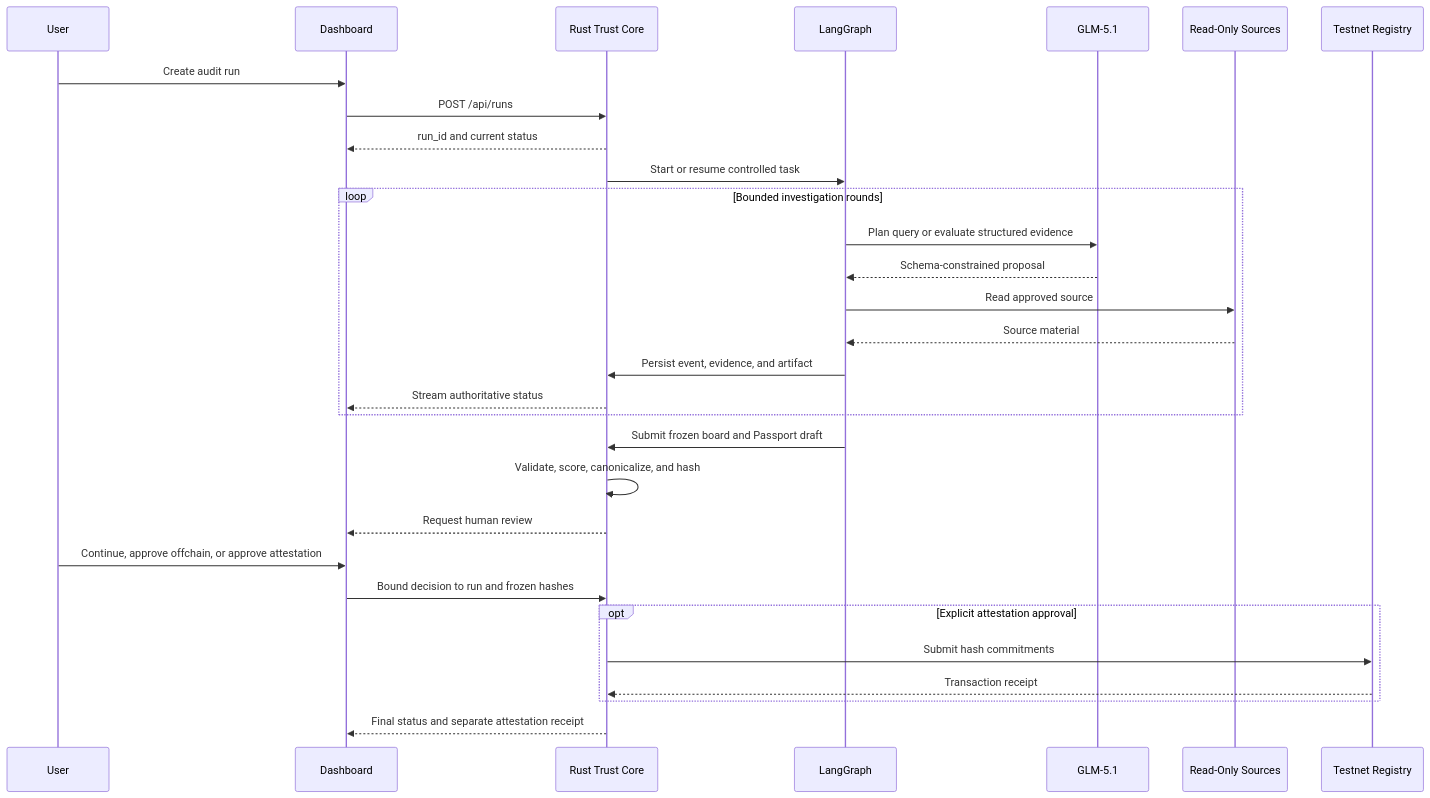
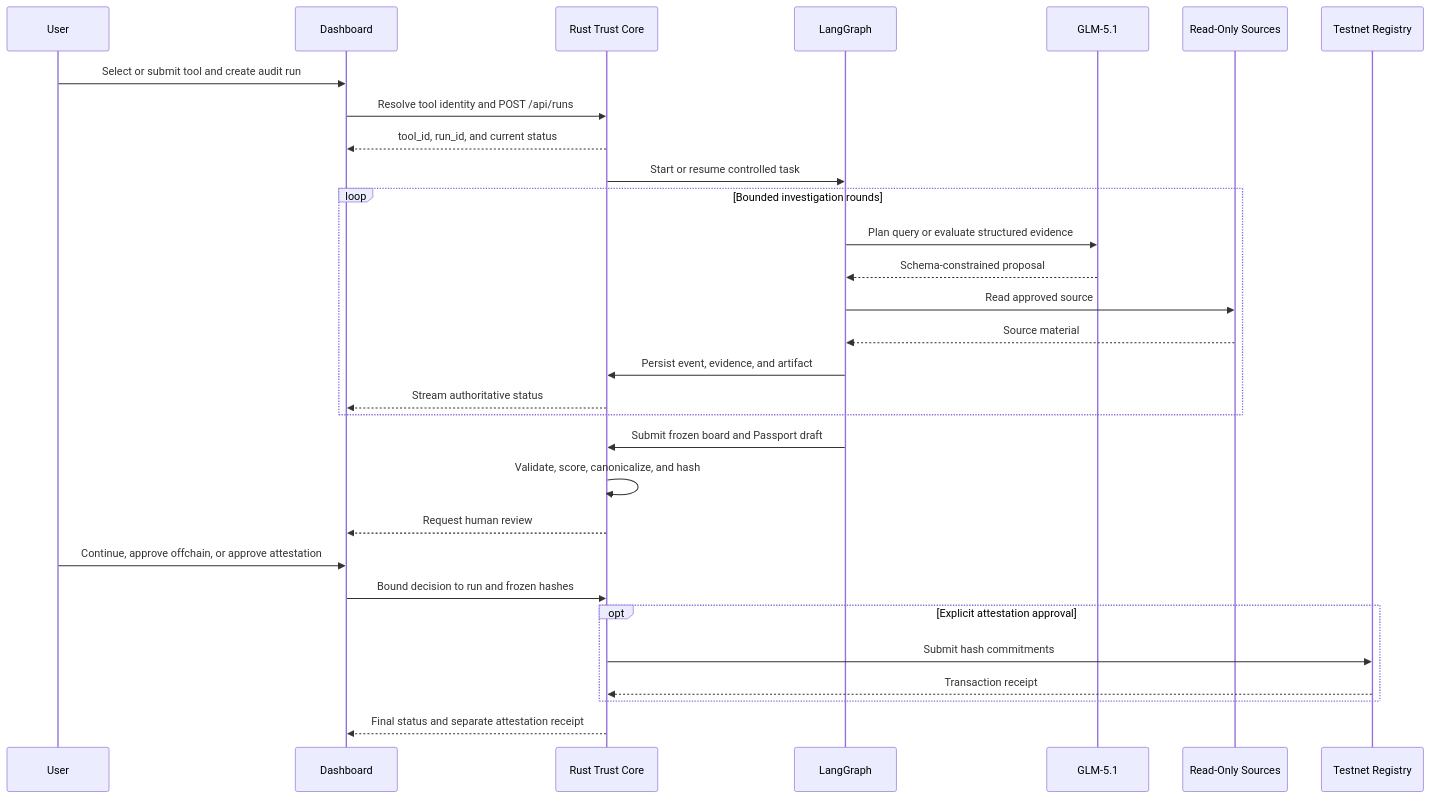
One commit to AlethOS/AlethOS-ToolPassport changed the first of 3 diagrams in docs/technical-design.md. Above: the diagram before and after it, drawn with Mermaid. The commit also changed other lines of this file and 4 other files, not shown here.

Commit message:
feat: index registry commitments by tool and run

````diff
--- a/docs/technical-design.md
+++ b/docs/technical-design.md
@@ -72,33 +72,33 @@
 ```mermaid
 sequenceDiagram
     participant U as User
     participant D as Dashboard
     participant R as Rust Trust Core
     participant L as LangGraph
     participant M as GLM-5.1
     participant S as Read-Only Sources
     participant C as Testnet Registry
 
-    U->>D: Create audit run
-    D->>R: POST /api/runs
-    R-->>D: run_id and current status
+    U->>D: Select or submit tool and create audit run
+    D->>R: Resolve tool identity and POST /api/runs
+    R-->>D: tool_id, run_id, and current status
     R->>L: Start or resume controlled task
     loop Bounded investigation rounds
         L->>M: Plan query or evaluate structured evidence
         M-->>L: Schema-constrained proposal
         L->>S: Read approved source
         S-->>L: Source material
         L->>R: Persist event, evidence, and artifact
         R-->>D: Stream authoritative status
     end
     L->>R: Submit frozen board and Passport draft
     R->>R: Validate, score, canonicalize, and hash
     R-->>D: Request human review
     U->>D: Continue, approve offchain, or approve attestation
     D->>R: Bound decision to run and frozen hashes
     opt Explicit attestation approval
         R->>C: Submit hash commitments
         C-->>R: Transaction receipt
     end
     R-->>D: Final status and separate attestation receipt
 ```
````
